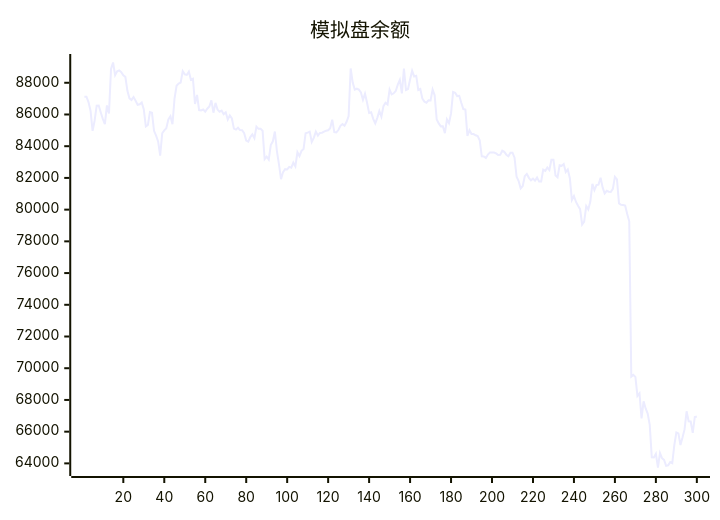
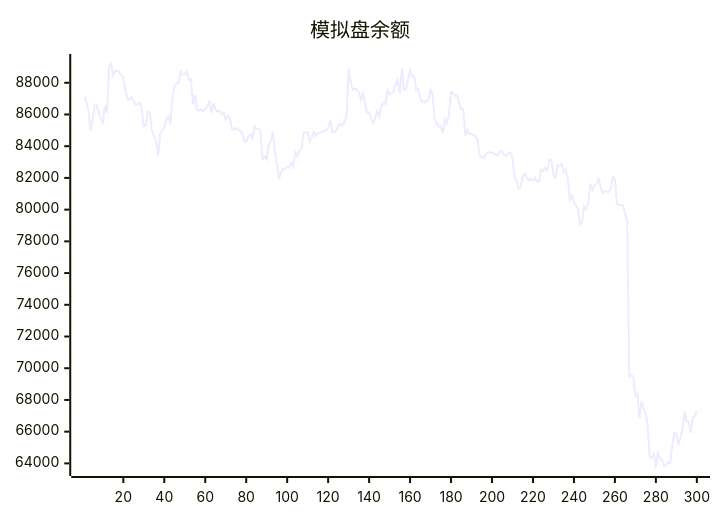
One commit to aahl/ai-trading changed the diagram in README.md. Above: the diagram before and after it, drawn with Mermaid. The commit also changed other lines of this file and 1 other file, not shown here.

````diff
--- a/README.md
+++ b/README.md
@@ -5,5 +5,5 @@
 ```mermaid
 xychart
     title "模拟盘余额"
-    line [87115,87118,86780,86238,84966,85623,86555,86562,86129,85722,85387,86569,86070,88870,89278,88477,88720,88781,88668,88467,88372,87493,87018,86917,87102,86870,86613,86644,86758,86317,85242,85334,86149,86106,84968,84671,84302,83410,84816,85001,85127,85693,85891,85384,87001,87811,87945,88007,88734,88528,88495,88705,88189,88248,86662,87234,86279,86251,86314,86177,86364,86503,86886,86114,86731,86310,86176,86240,86017,86136,85685,85938,85749,85111,85044,85164,85016,85008,84824,84354,84287,84572,84745,84500,85234,85096,85095,84970,83180,83338,83157,84070,84309,84922,83667,82850,81924,82369,82552,82539,82695,82648,82962,82728,83619,83378,83710,83825,84819,84854,84917,84265,84527,84919,84668,84834,84850,84916,84981,85004,85131,85674,84891,84864,85019,85284,85393,85294,85538,85894,88904,88012,87567,87625,87568,87386,86920,87313,86737,86094,86143,85725,85437,85787,86219,85859,86526,86740,86630,87563,87264,87335,87483,87886,88180,87335,88894,87544,87608,88207,88755,88401,88444,87543,87608,87000,86810,86740,86894,86884,87576,87209,85686,85435,85251,85255,84820,85689,85453,86066,87420,87373,87161,87178,86740,86341,86315,84643,85012,84772,84768,84690,84635,84376,83360,83357,83259,83474,83608,83606,83602,83548,83440,83454,83724,83644,83464,83365,83590,83592,83275,82072,81806,81344,81492,82109,82254,82006,81848,81955,81829,82022,81769,81776,82522,82441,82656,82498,83144,83144,82150,82038,82797,82763,82872,82367,82536,81981,80612,80862,80484,80242,80034,79063,79245,80226,80016,80507,81625,81233,81544,81578,82016,81401,81019,81186,81130,81118,81306,82066,81909,80392,80304,80291,80258,79729,79261,69466,69579,69456,68251,68415,66832,67911,67462,67144,66432,64380,64375,64606,63740,64647,64324,64216,63842,63877,64078,64008,65156,65945,65888,65157,65625,66144,67284,66653,66639,65924,66925,66956]
+    line [87118,86780,86238,84966,85623,86555,86562,86129,85722,85387,86569,86070,88870,89278,88477,88720,88781,88668,88467,88372,87493,87018,86917,87102,86870,86613,86644,86758,86317,85242,85334,86149,86106,84968,84671,84302,83410,84816,85001,85127,85693,85891,85384,87001,87811,87945,88007,88734,88528,88495,88705,88189,88248,86662,87234,86279,86251,86314,86177,86364,86503,86886,86114,86731,86310,86176,86240,86017,86136,85685,85938,85749,85111,85044,85164,85016,85008,84824,84354,84287,84572,84745,84500,85234,85096,85095,84970,83180,83338,83157,84070,84309,84922,83667,82850,81924,82369,82552,82539,82695,82648,82962,82728,83619,83378,83710,83825,84819,84854,84917,84265,84527,84919,84668,84834,84850,84916,84981,85004,85131,85674,84891,84864,85019,85284,85393,85294,85538,85894,88904,88012,87567,87625,87568,87386,86920,87313,86737,86094,86143,85725,85437,85787,86219,85859,86526,86740,86630,87563,87264,87335,87483,87886,88180,87335,88894,87544,87608,88207,88755,88401,88444,87543,87608,87000,86810,86740,86894,86884,87576,87209,85686,85435,85251,85255,84820,85689,85453,86066,87420,87373,87161,87178,86740,86341,86315,84643,85012,84772,84768,84690,84635,84376,83360,83357,83259,83474,83608,83606,83602,83548,83440,83454,83724,83644,83464,83365,83590,83592,83275,82072,81806,81344,81492,82109,82254,82006,81848,81955,81829,82022,81769,81776,82522,82441,82656,82498,83144,83144,82150,82038,82797,82763,82872,82367,82536,81981,80612,80862,80484,80242,80034,79063,79245,80226,80016,80507,81625,81233,81544,81578,82016,81401,81019,81186,81130,81118,81306,82066,81909,80392,80304,80291,80258,79729,79261,69466,69579,69456,68251,68415,66832,67911,67462,67144,66432,64380,64375,64606,63740,64647,64324,64216,63842,63877,64078,64008,65156,65945,65888,65157,65625,66144,67284,66653,66639,65924,66925,66956,67263]
 ```
````
